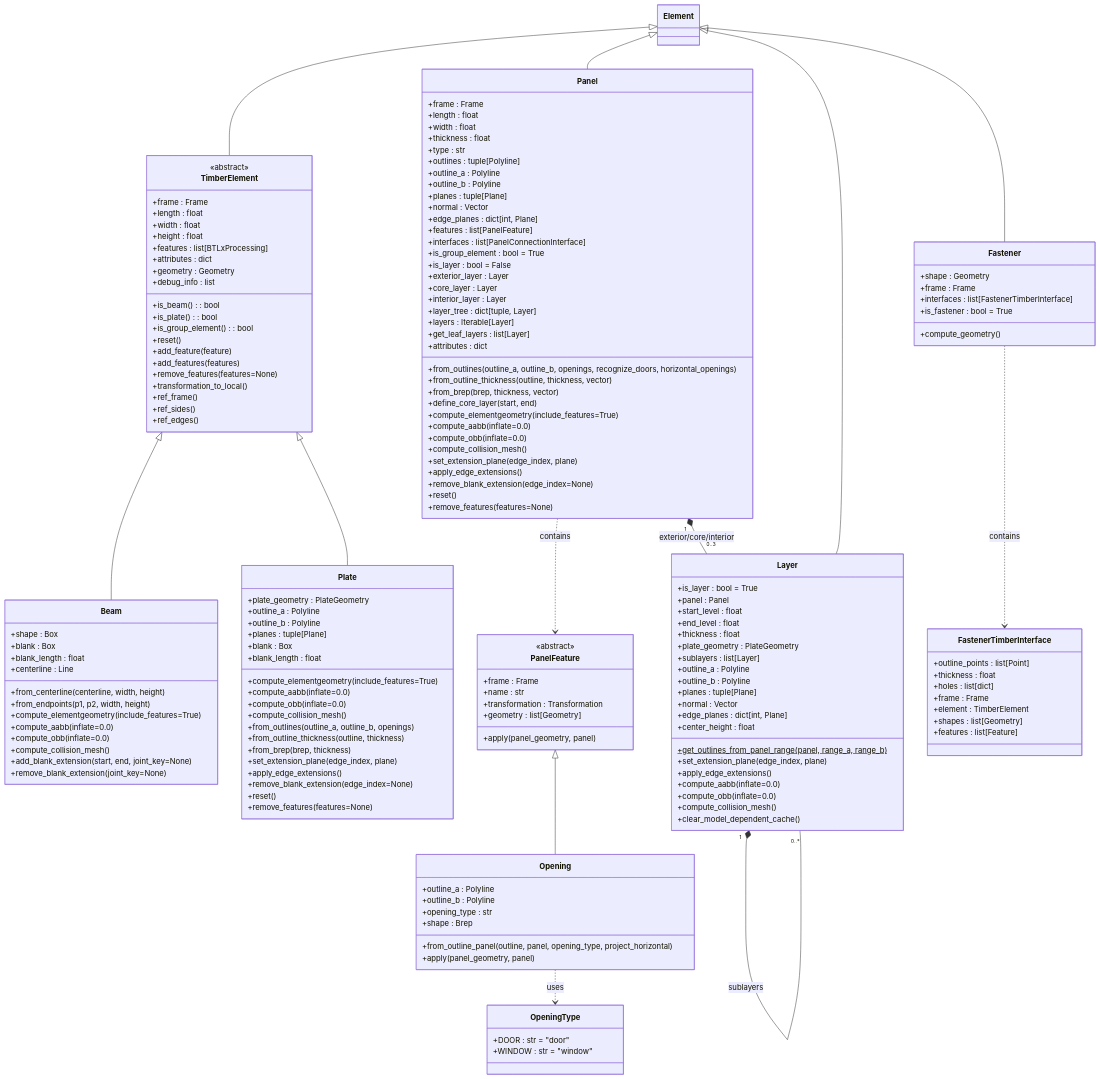
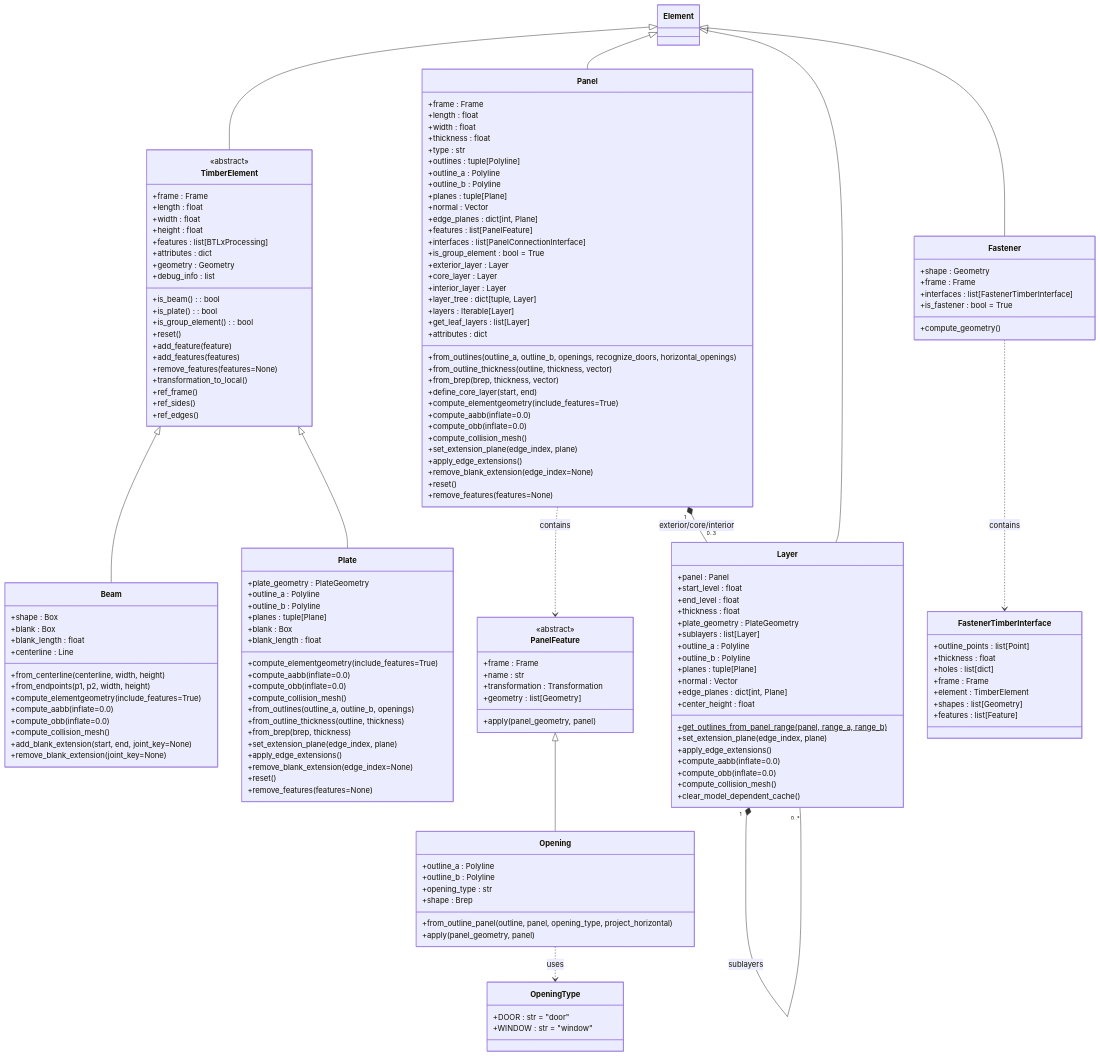
The first of 4 diagrams in docs/contribution/class_diagrams.md (gramaziokohler/compas_timber), drawn with Mermaid before and after one commit. The commit also changed 1 other file, not shown here.

Commit message:
remove old `is_layer` attribute

```diff
--- a/docs/contribution/class_diagrams.md
+++ b/docs/contribution/class_diagrams.md
@@ -105,7 +105,6 @@
          +features : list[PanelFeature]
          +interfaces : list[PanelConnectionInterface]
          +is_group_element : bool = True
-         +is_layer : bool = False
          +exterior_layer : Layer
          +core_layer : Layer
          +interior_layer : Layer
@@ -129,7 +128,6 @@
       }
 
       class Layer {
-         +is_layer : bool = True
          +panel : Panel
          +start_level : float
          +end_level : float
```
